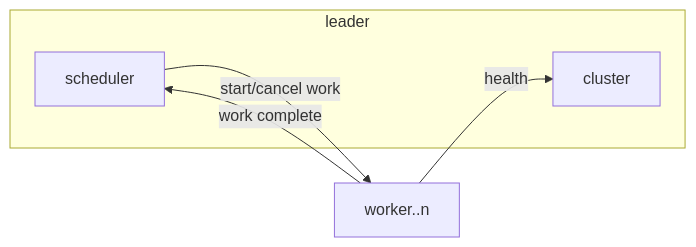
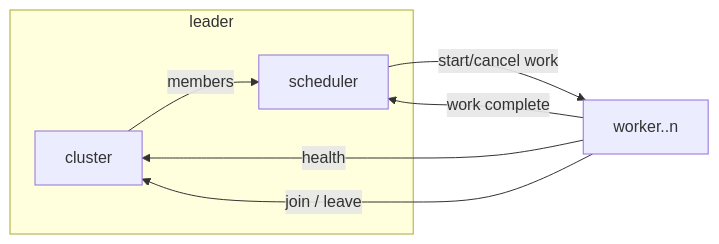
Before and after one commit to paulja/go-work: the diagram in README.md, drawn with Mermaid. The commit also changed other lines of this file and 15 other files, not shown here.

````diff
--- a/README.md
+++ b/README.md
@@ -9,16 +8,17 @@
 ```mermaid
 flowchart LR
 
 subgraph leader
 	c[cluster]
 	s[scheduler]
 end
 
 w1["worker..n"]
 
 w1-- health -->c
+w1-- join / leave -->c
 w1-- work complete -->s
 
 s-- start/cancel work -->w1
-
+c-- members -->s
 ```
````
